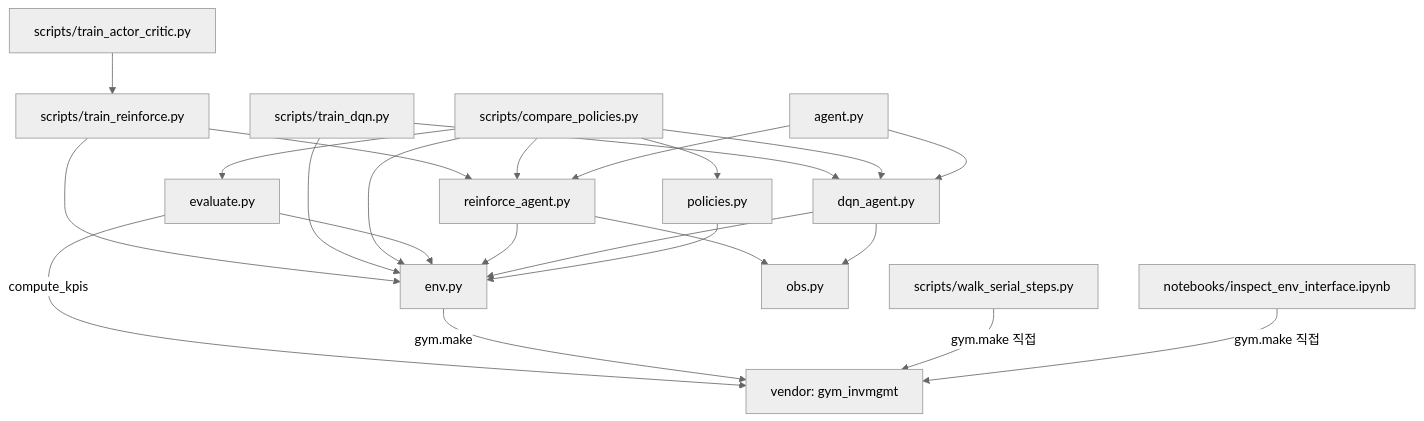
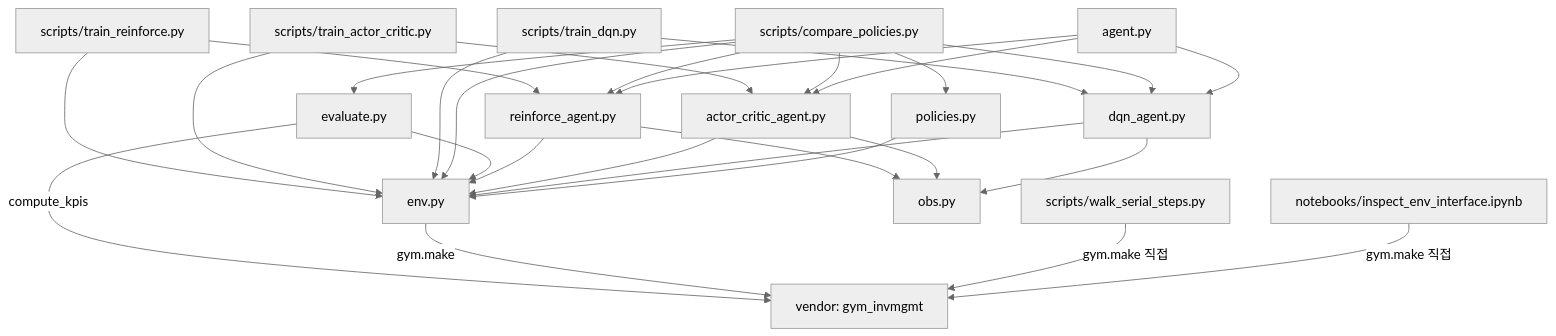
The second of 2 diagrams in docs/file_structure.md (oksjjj/inventory-rl-project), drawn with Mermaid (neutral theme) before and after one commit. The commit also changed other lines of this file and 10 other files, not shown here.

````diff
--- a/docs/file_structure.md
+++ b/docs/file_structure.md
@@ -102,42 +110,48 @@
 ```mermaid
 flowchart TB
   train_rf["scripts/train_reinforce.py"]
+  train_ac["scripts/train_actor_critic.py"]
   train_dqn["scripts/train_dqn.py"]
   cmp["scripts/compare_policies.py"]
-  alias["scripts/train_actor_critic.py"]
   walk["scripts/walk_serial_steps.py"]
   nb["notebooks/inspect_env_interface.ipynb"]
 
   rf["reinforce_agent.py"]
+  ac["actor_critic_agent.py"]
   dqn["dqn_agent.py"]
   pol["policies.py"]
   ev["evaluate.py"]
   obs["obs.py"]
   env["env.py"]
   agent["agent.py"]
 
   gym["vendor: gym_invmgmt"]
 
-  alias --> train_rf
   train_rf --> rf
   train_rf --> env
+  train_ac --> ac
+  train_ac --> env
   train_dqn --> dqn
   train_dqn --> env
   cmp --> rf
+  cmp --> ac
   cmp --> dqn
   cmp --> pol
   cmp --> ev
   cmp --> env
   ev --> env
   ev -->|"compute_kpis"| gym
   rf --> env
   rf --> obs
+  ac --> env
+  ac --> obs
   dqn --> env
   dqn --> obs
   pol --> env
   agent --> rf
+  agent --> ac
   agent --> dqn
   env -->|"gym.make"| gym
   walk -->|"gym.make 직접"| gym
   nb -->|"gym.make 직접"| gym
 ```
````
